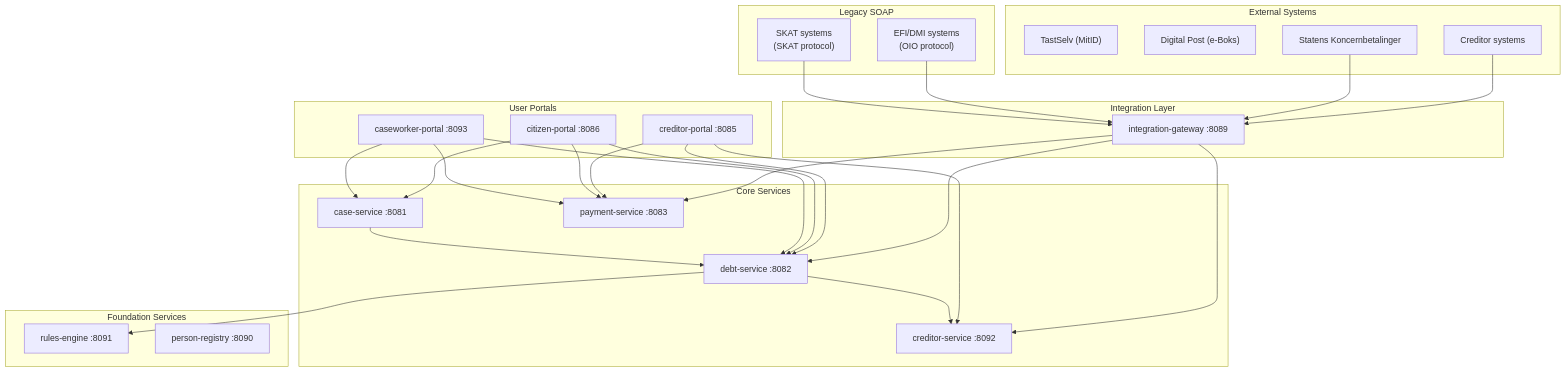
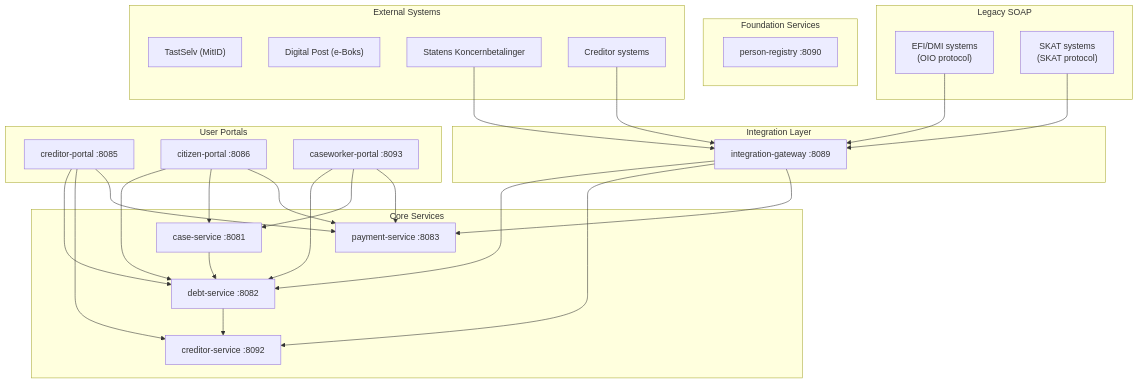
One commit to mfhens/opendebt changed the first of 4 diagrams in docs/site/technical/architecture.md. Above: the diagram before and after it, drawn with Mermaid. The commit also changed other lines of this file and 7 other files, not shown here.

````diff
--- a/docs/site/technical/architecture.md
+++ b/docs/site/technical/architecture.md
@@ -7,58 +7,56 @@
 ```mermaid
 graph TB
     subgraph External["External Systems"]
         TastSelv["TastSelv (MitID)"]
         DigitalPost["Digital Post (e-Boks)"]
         SKB["Statens Koncernbetalinger"]
         ES["Creditor systems"]
     end
 
     subgraph Gateway["Integration Layer"]
         IG["integration-gateway :8089"]
     end
 
     subgraph Portals["User Portals"]
         CP["creditor-portal :8085"]
         BP["citizen-portal :8086"]
         CW["caseworker-portal :8093"]
     end
 
     subgraph Core["Core Services"]
         DS["debt-service :8082"]
         CS["case-service :8081"]
         PS["payment-service :8083"]
         CRS["creditor-service :8092"]
     end
 
     subgraph Foundation["Foundation Services"]
-        RE["rules-engine :8091"]
         PR["person-registry :8090"]
     end
 
     ES --> IG
     SKB --> IG
     IG --> DS
     IG --> CRS
     IG --> PS
 
     subgraph LegacySoap["Legacy SOAP"]
         OIO["EFI/DMI systems<br/>(OIO protocol)"]
         SKAT2["SKAT systems<br/>(SKAT protocol)"]
     end
     OIO --> IG
     SKAT2 --> IG
 
     CP --> DS
     CP --> CRS
     CP --> PS
     BP --> DS
     BP --> CS
     BP --> PS
     CW --> DS
     CW --> CS
     CW --> PS
 
-    DS --> RE
     DS --> CRS
     CS --> DS
 ```
````
